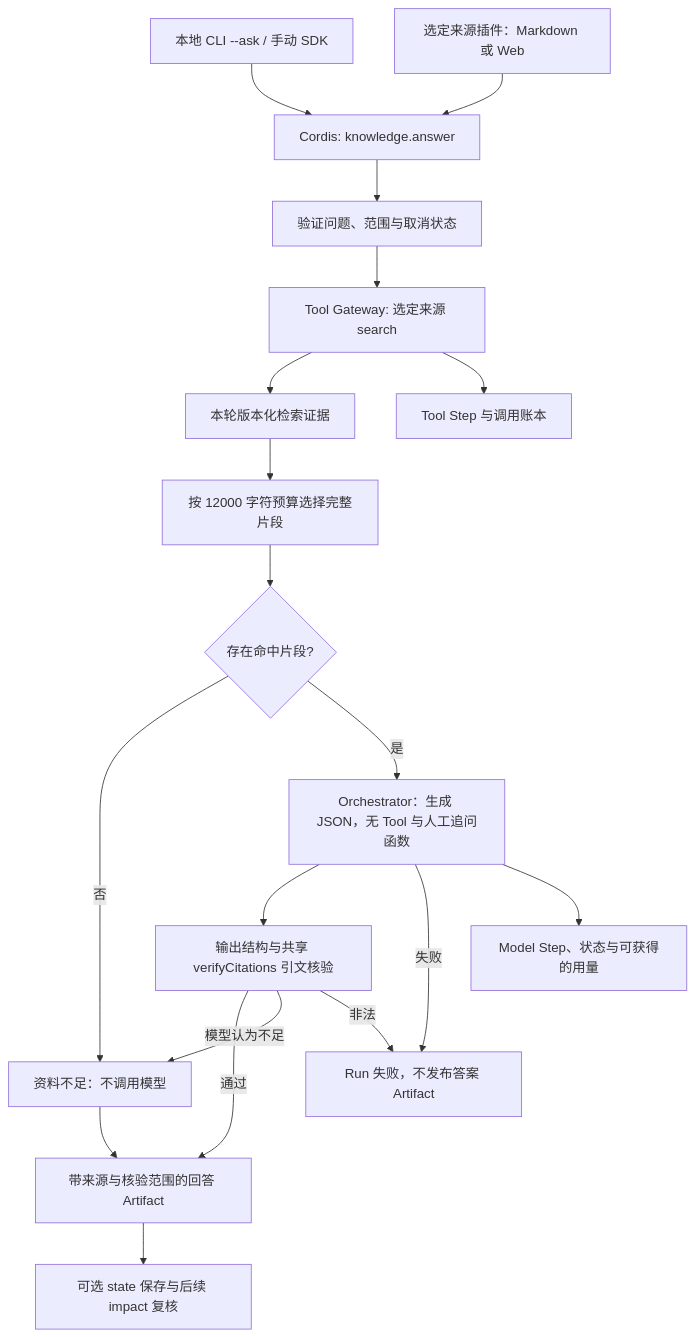
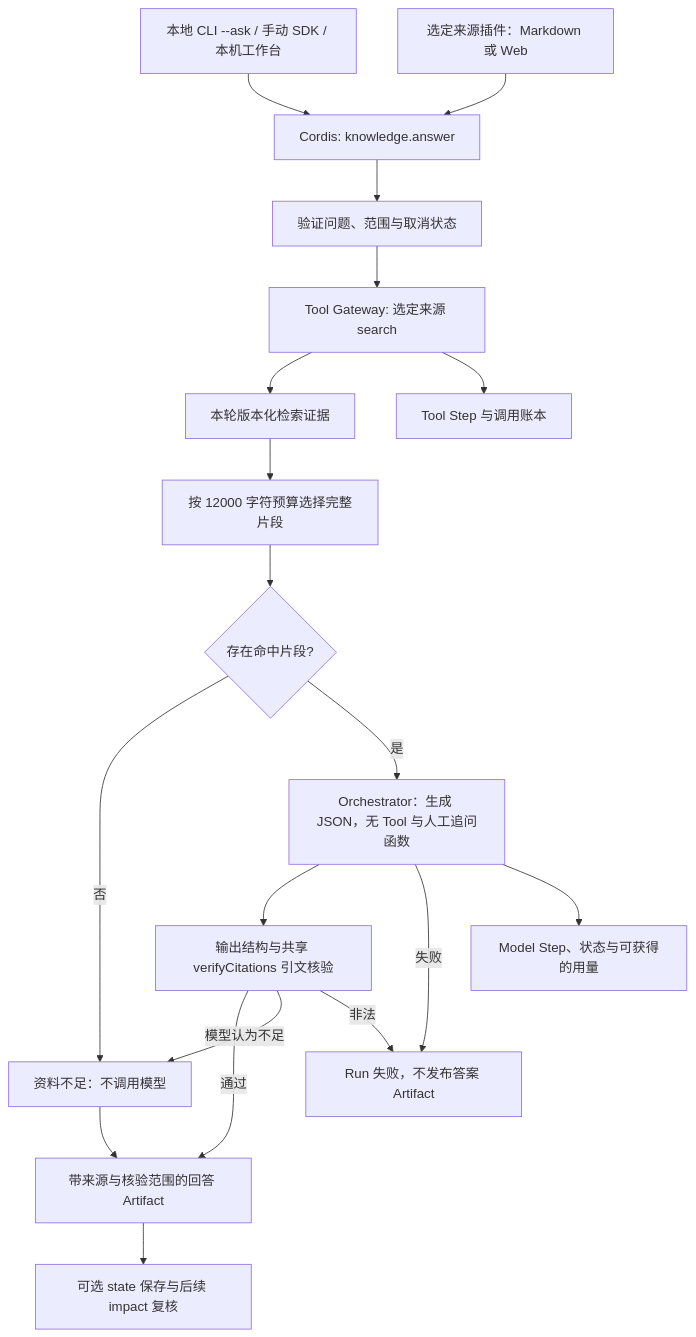
The diagram in backend/src/knowledge/answer/FEATURE.md (KlayPeter/AI-Delivery-Ops-Agent), drawn with Mermaid before and after one commit. The commit also changed other lines of this file and 36 other files, not shown here.

````diff
--- a/backend/src/knowledge/answer/FEATURE.md
+++ b/backend/src/knowledge/answer/FEATURE.md
@@ -22,21 +22,21 @@
 ```mermaid
 flowchart TD
-    U[本地 CLI --ask / 手动 SDK] --> P[Cordis: knowledge.answer]
+    U[本地 CLI --ask / 手动 SDK / 本机工作台] --> P[Cordis: knowledge.answer]
     S[选定来源插件：Markdown 或 Web] --> P
     P --> V[验证问题、范围与取消状态]
     V --> T[Tool Gateway: 选定来源 search]
     T --> E[本轮版本化检索证据]
     E --> C[按 12000 字符预算选择完整片段]
     C --> N{存在命中片段?}
     N -- 否 --> A[资料不足：不调用模型]
     N -- 是 --> M[Orchestrator：生成 JSON，无 Tool 与人工追问函数]
     M --> K[输出结构与共享 verifyCitations 引文核验]
     R --> HI[可选 state 保存与后续 impact 复核]
     K -- 通过 --> R[带来源与核验范围的回答 Artifact]
     K -- 模型认为不足 --> A
     K -- 非法 --> F[Run 失败，不发布答案 Artifact]
     M -- 失败 --> F
     T --> L[Tool Step 与调用账本]
     M --> L2[Model Step、状态与可获得的用量]
     A --> R
 ```
````
